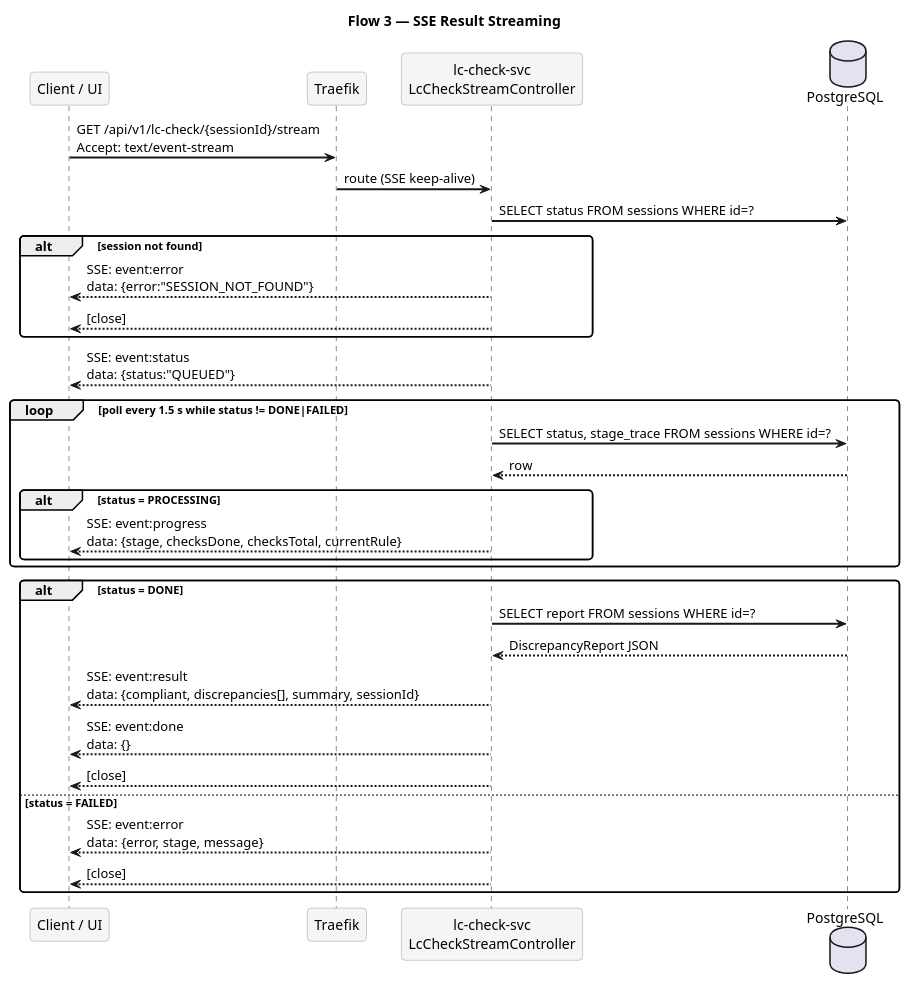
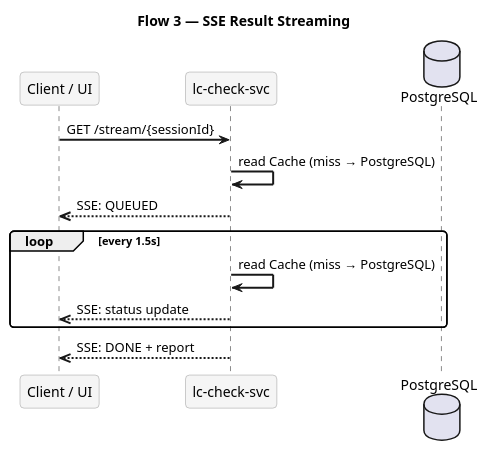
Before and after one commit to smile-rr/lc-invoice-checker: the diagram in docs/diagrams/flow-3-sse-stream.puml, drawn with PlantUML. The commit also changed 21 other files, not shown here.

```diff
--- a/docs/diagrams/flow-3-sse-stream.puml
+++ b/docs/diagrams/flow-3-sse-stream.puml
@@ -1,44 +1,23 @@
 @startuml flow-3-sse-stream
 title Flow 3 — SSE Result Streaming
 
 skinparam sequenceArrowThickness 2
 skinparam roundcorner 8
 skinparam sequenceParticipantBackgroundColor #F5F5F5
 skinparam sequenceParticipantBorderColor #999999
 
 participant "Client / UI" as C
-participant "Traefik" as TR
-participant "lc-check-svc\nLcCheckStreamController" as API
+participant "lc-check-svc" as API
 database "PostgreSQL" as DB
 
-C  -> TR  : GET /api/v1/lc-check/{sessionId}/stream\nAccept: text/event-stream
-TR -> API : route (SSE keep-alive)
-API -> DB : SELECT status FROM sessions WHERE id=?
+C -> API: GET /stream/{sessionId}
+API -> API: read Cache (miss → PostgreSQL)
+API -->> C: SSE: QUEUED
 
-alt session not found
-    API --> C : SSE: event:error\ndata: {error:"SESSION_NOT_FOUND"}
-    API --> C : [close]
+loop every 1.5s
+    API -> API: read Cache (miss → PostgreSQL)
+    API -->> C: SSE: status update
 end
 
-API --> C  : SSE: event:status\ndata: {status:"QUEUED"}
-
-loop poll every 1.5 s while status != DONE|FAILED
-    API -> DB  : SELECT status, stage_trace FROM sessions WHERE id=?
-    DB  --> API: row
-
-    alt status = PROCESSING
-        API --> C : SSE: event:progress\ndata: {stage, checksDone, checksTotal, currentRule}
-    end
-end
-
-alt status = DONE
-    API -> DB  : SELECT report FROM sessions WHERE id=?
-    DB  --> API: DiscrepancyReport JSON
-    API --> C  : SSE: event:result\ndata: {compliant, discrepancies[], summary, sessionId}
-    API --> C  : SSE: event:done\ndata: {}
-    API --> C  : [close]
-else status = FAILED
-    API --> C  : SSE: event:error\ndata: {error, stage, message}
-    API --> C  : [close]
-end
+API -->> C: SSE: DONE + report
 @enduml
```
